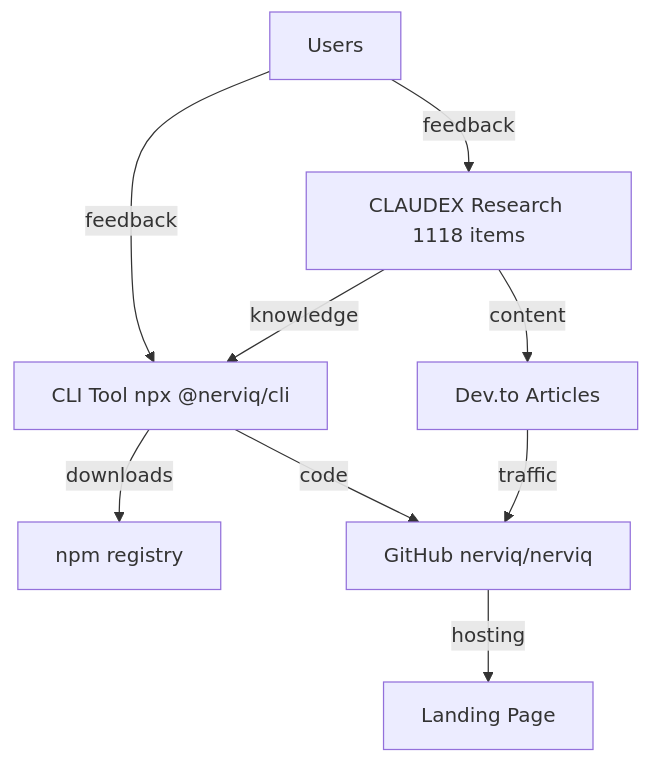
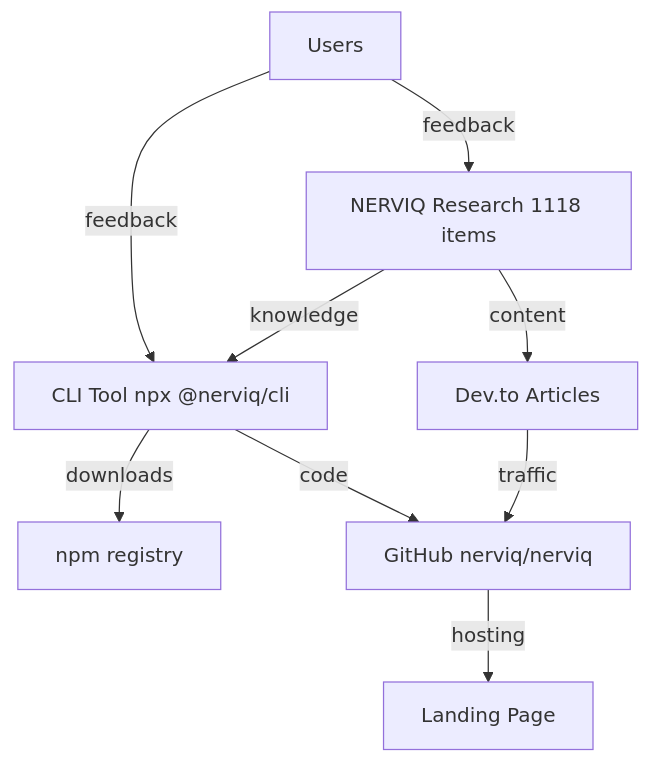
The diagram in CLAUDE.md (nerviq/nerviq), drawn with Mermaid before and after one commit. The commit also changed other lines of this file and 88 other files, not shown here.

First line of the commit message:
Complete CLAUDEX → NERVIQ rebrand across entire CLI codebase

````diff
--- a/CLAUDE.md
+++ b/CLAUDE.md
@@ -52,11 +52,11 @@
 ```mermaid
 graph TD
-    CLAUDEX[CLAUDEX Research 1118 items] -->|knowledge| CLI[CLI Tool npx @nerviq/cli]
+    NERVIQ[NERVIQ Research 1118 items] -->|knowledge| CLI[CLI Tool npx @nerviq/cli]
     CLI -->|downloads| NPM[npm registry]
     CLI -->|code| GH[GitHub nerviq/nerviq]
     GH -->|hosting| LP[Landing Page]
-    CLAUDEX -->|content| DT[Dev.to Articles]
+    NERVIQ -->|content| DT[Dev.to Articles]
     DT -->|traffic| GH
     Users -->|feedback| CLI
-    Users -->|feedback| CLAUDEX
+    Users -->|feedback| NERVIQ
 ```
````
